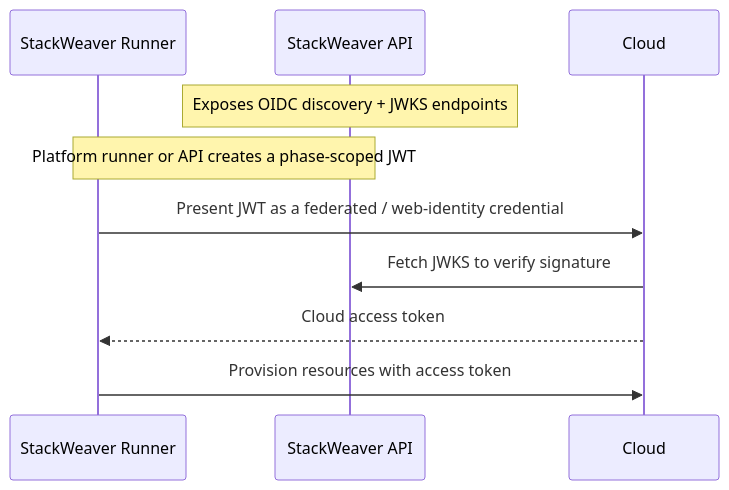
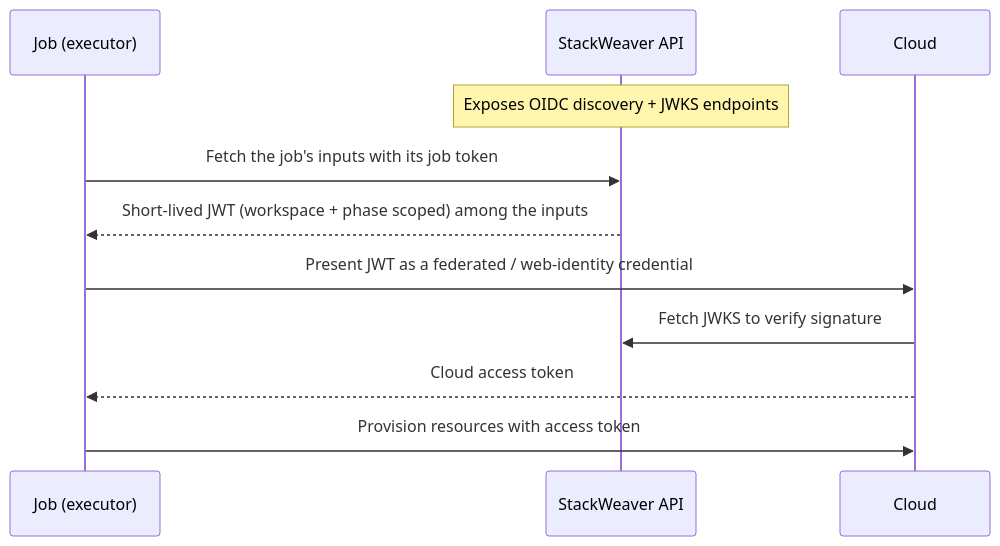
Before and after one commit to vhco-pro/stackweaver-frontend: the diagram in docs/user-guides/oidc-configuration.md, drawn with Mermaid. The commit also changed other lines of this file and 118 other files, not shown here.

````diff
--- a/docs/user-guides/oidc-configuration.md
+++ b/docs/user-guides/oidc-configuration.md
@@ -51,13 +52,14 @@
 ```mermaid
 sequenceDiagram
-    participant Runner as StackWeaver Runner
+    participant Runner as Job (executor)
     participant SW as StackWeaver API
     participant Cloud
 
     Note over SW: Exposes OIDC discovery + JWKS endpoints
-    Note over Runner,SW: Platform runner or API creates a phase-scoped JWT
+    Runner->>SW: Fetch the job's inputs with its job token
+    SW-->>Runner: Short-lived JWT (workspace + phase scoped) among the inputs
     Runner->>Cloud: Present JWT as a federated / web-identity credential
     Cloud->>SW: Fetch JWKS to verify signature
     Cloud-->>Runner: Cloud access token
     Runner->>Cloud: Provision resources with access token
 ```
````
